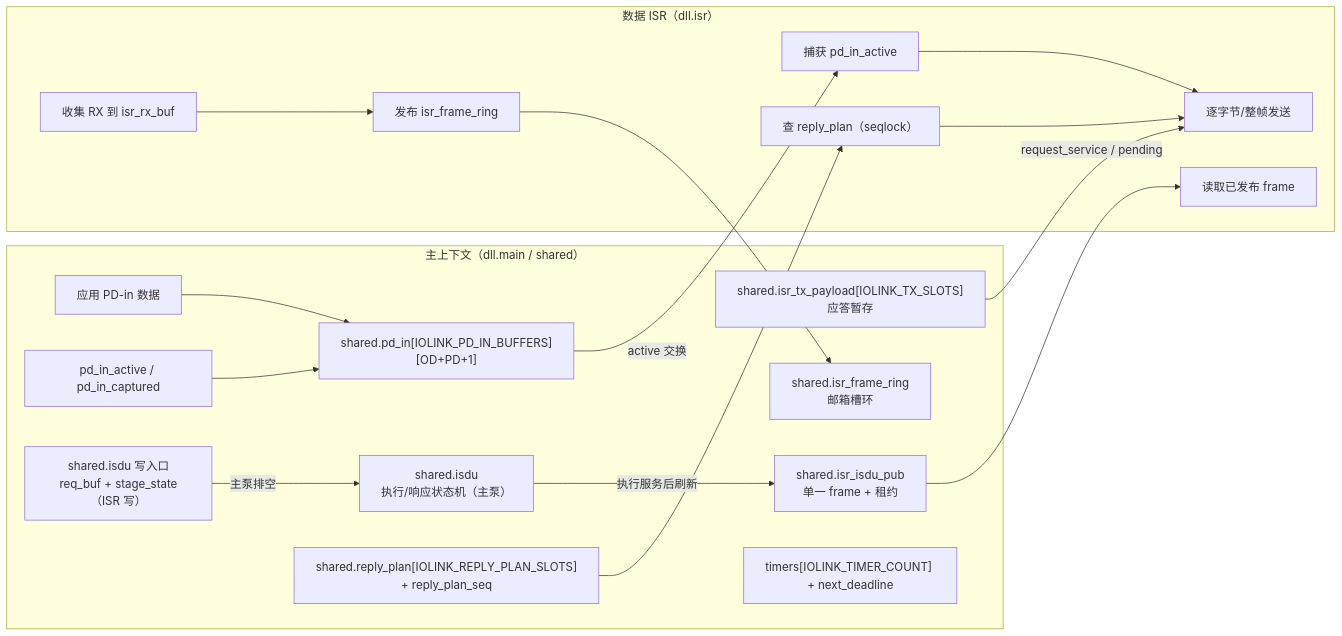
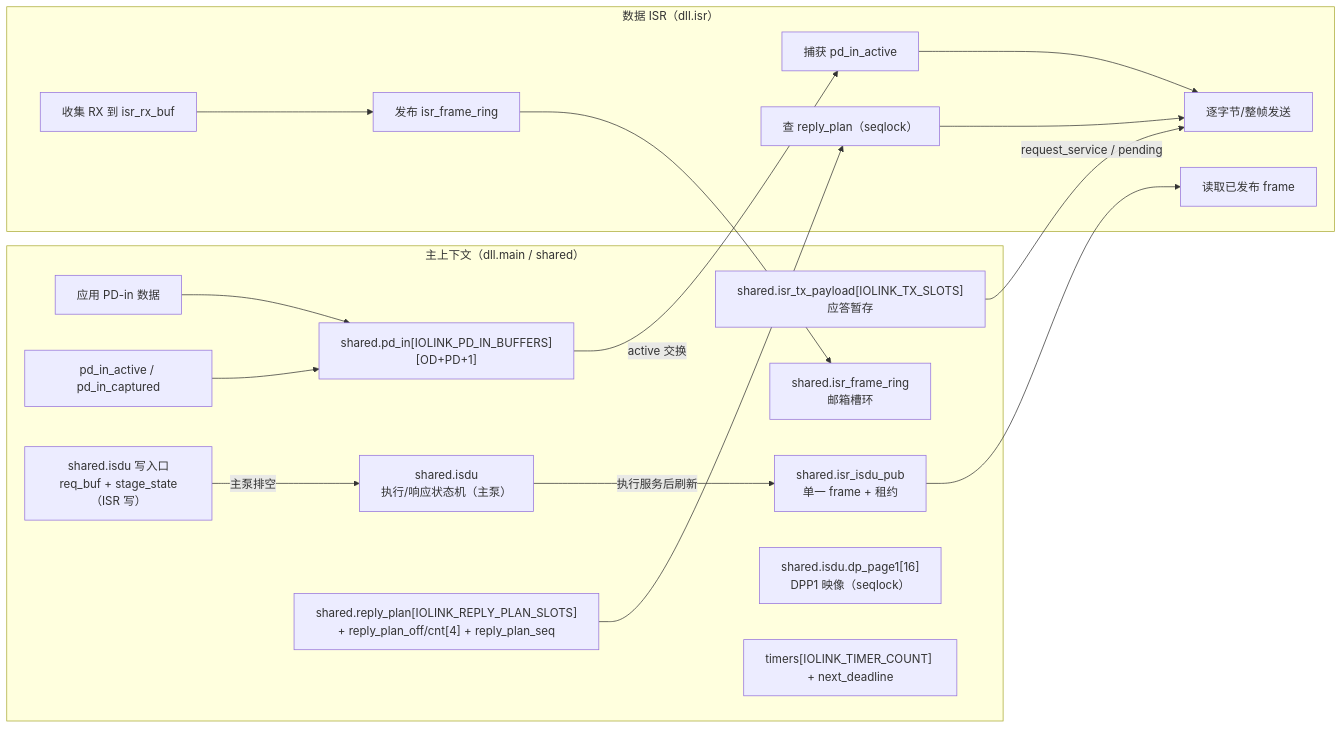
Diagram 16 of 16 in docs/CODE_FLOW.md (Adlyq/iolinki), drawn with Mermaid before and after one commit. The commit also changed other lines of this file and 29 other files, not shown here.

````diff
--- a/docs/CODE_FLOW.md
+++ b/docs/CODE_FLOW.md
@@ -944,35 +952,36 @@
 ```mermaid
 flowchart LR
     subgraph MAIN["主上下文（dll.main / shared）"]
         M1["应用 PD-in 数据"]
         M2["shared.pd_in[IOLINK_PD_IN_BUFFERS][OD+PD+1]"]
         M3["pd_in_active / pd_in_captured"]
         M4["shared.isr_tx_payload[IOLINK_TX_SLOTS]<br/>应答暂存"]
         M5["shared.isdu 写入口<br/>req_buf + stage_state（ISR 写）"]
         M8["shared.isdu<br/>执行/响应状态机（主泵）"]
         M6["shared.isr_isdu_pub<br/>单一 frame + 租约"]
         M7["shared.isr_frame_ring<br/>邮箱槽环"]
-        M9["shared.reply_plan[IOLINK_REPLY_PLAN_SLOTS]<br/>+ reply_plan_seq"]
+        M9["shared.reply_plan[IOLINK_REPLY_PLAN_SLOTS]<br/>+ reply_plan_off/cnt[4] + reply_plan_seq"]
+        M11["shared.isdu.dp_page1[16]<br/>DPP1 映像（seqlock）"]
         M10["timers[IOLINK_TIMER_COUNT] + next_deadline"]
     end
     subgraph ISR["数据 ISR（dll.isr）"]
         I1["捕获 pd_in_active"]
         I2["逐字节/整帧发送"]
         I3["收集 RX 到 isr_rx_buf"]
         I4["读取已发布 frame"]
         I5["发布 isr_frame_ring"]
         I6["查 reply_plan（seqlock）"]
     end
     M1 --> M2
     M3 --> M2
     M2 -->|active 交换| I1
     I1 --> I2
     M4 -->|request_service / pending| I2
     M5 -->|主泵排空| M8
     M8 -->|执行服务后刷新| M6
     M6 --> I4
     M9 --> I6
     I6 --> I2
     I3 --> I5
     I5 --> M7
 ```
````
